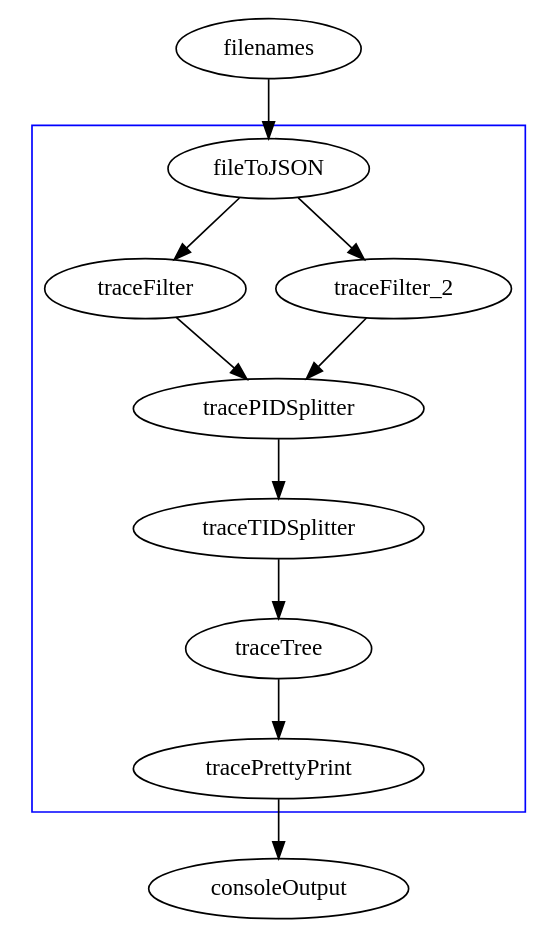
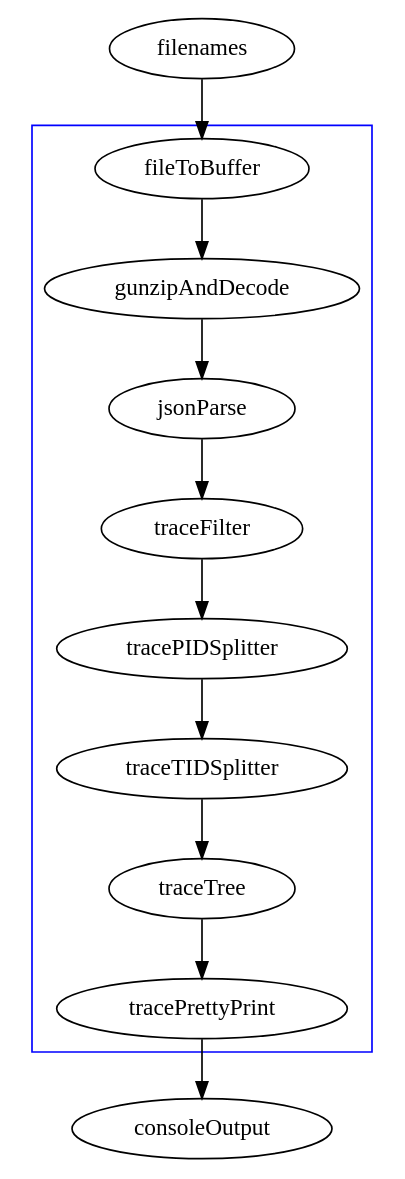
One commit to googlearchive/erlnmyr changed the diagram in trace.dot. Above: the diagram before and after it, drawn with Graphviz. The commit also changed 2 other files, not shown here.

Commit message:
Add stages for gunzip, decode and json parsing

```diff
--- a/trace.dot
+++ b/trace.dot
@@ -1,18 +1,17 @@
 digraph trace {
 
   subgraph cluster0 {
-    fileToJSON -> {traceFilter_1; traceFilter_2} -> tracePIDSplitter -> traceTIDSplitter -> traceTree -> tracePrettyPrint;
+    fileToBuffer -> gunzipAndDecode -> jsonParse -> traceFilter -> tracePIDSplitter -> traceTIDSplitter -> traceTree -> tracePrettyPrint;
     color=blue;
     strategy=pipeline;
   }
 
-  filenames -> fileToJSON;
+  filenames -> fileToBuffer;
   tracePrettyPrint -> consoleOutput;
 
-  filenames [RE=".*.trace.json"];
+  filenames [RE="/usr/local/google/home/dstockwell/local/traces/.*"];
 
-  traceFilter_1 [label="traceFilter", traceEvents="['Document::updateStyle','V8.Execute','CSSParserImpl::parseStyleSheet']"];
-  traceFilter_2 [stage="traceFilter"];
+  traceFilter [traceEvents="['Document::updateStyle','V8.Execute','CSSParserImpl::parseStyleSheet']"];
 
   tracePrettyPrint [showTrace="false"];
 }
```
